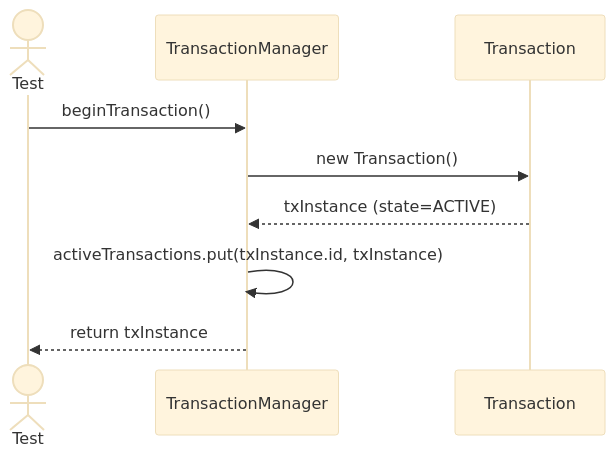
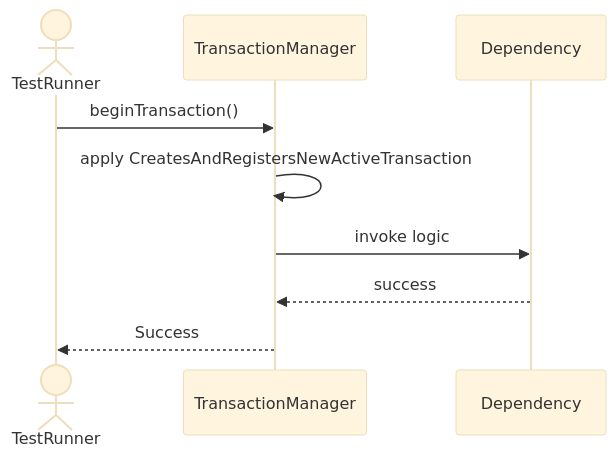
One commit to TamBui1706/DBMS changed the first of 8 diagrams in Sequences/TransactionManagement/TransactionManager.md. Above: the diagram before and after it, drawn with Mermaid (base theme). The commit also changed other lines of this file and 63 other files, not shown here.

Commit message:
Draw sequence diagram for unit tests

````diff
--- a/Sequences/TransactionManagement/TransactionManager.md
+++ b/Sequences/TransactionManagement/TransactionManager.md
@@ -16,12 +22,10 @@
 ```mermaid
 sequenceDiagram
-    actor Test
+    actor TestRunner
     participant TransactionManager
-    participant Transaction
-
-    Test->>TransactionManager: beginTransaction()
-    TransactionManager->>Transaction: new Transaction()
-    Transaction-->>TransactionManager: txInstance (state=ACTIVE)
-    TransactionManager->>TransactionManager: activeTransactions.put(txInstance.id, txInstance)
-    TransactionManager-->>Test: return txInstance
+    TestRunner->>TransactionManager: beginTransaction()
+    TransactionManager->>TransactionManager: apply CreatesAndRegistersNewActiveTransaction
+    TransactionManager->>Dependency: invoke logic
+    Dependency-->>TransactionManager: success
+    TransactionManager-->>TestRunner: Success
 ```
````
